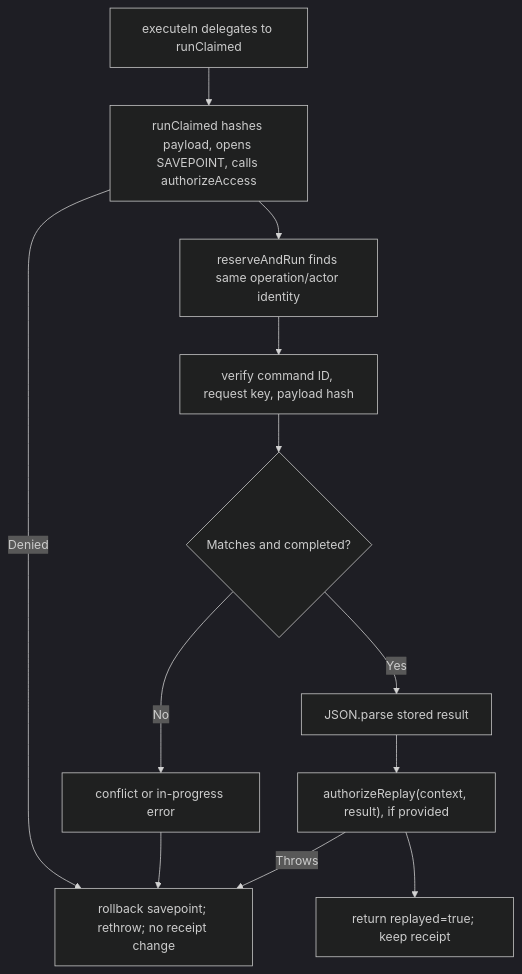
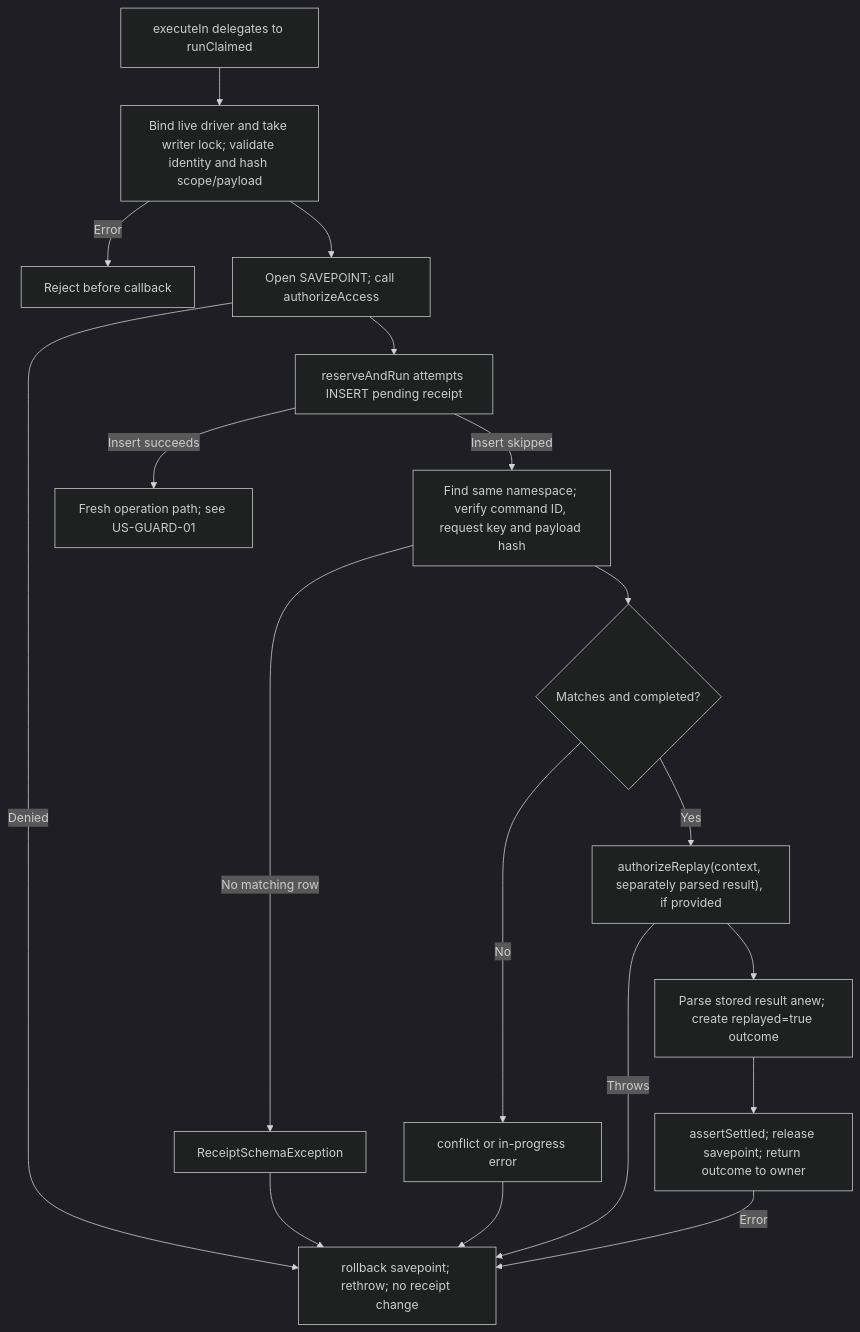
The second of 2 diagrams in user-stories/US-GUARD-03-authorize-replay.md (Kevinjohn/oss-adonisjs-duplicate-request-guard), drawn with Mermaid (dark theme) before and after one commit. The commit also changed other lines of this file and 9 other files, not shown here.

````diff
--- a/user-stories/US-GUARD-03-authorize-replay.md
+++ b/user-stories/US-GUARD-03-authorize-replay.md
@@ -36,14 +43,20 @@
 ```mermaid
 flowchart TD
-    A["executeIn delegates to runClaimed"] --> A2["runClaimed hashes payload, opens SAVEPOINT, calls authorizeAccess"]
+    A["executeIn delegates to runClaimed"] --> V["Bind live driver and take writer lock; validate identity and hash scope/payload"]
+    V -->|Error| X["Reject before callback"]
+    V --> A2["Open SAVEPOINT; call authorizeAccess"]
     A2 -->|Denied| Z["rollback savepoint; rethrow; no receipt change"]
-    A2 --> B["reserveAndRun finds same operation/actor identity"]
-    B --> C["verify command ID, request key, payload hash"]
+    A2 --> B["reserveAndRun attempts INSERT pending receipt"]
+    B -->|Insert succeeds| N["Fresh operation path; see US-GUARD-01"]
+    B -->|Insert skipped| C["Find same namespace; verify command ID, request key and payload hash"]
+    C -->|No matching row| S["ReceiptSchemaException"]
+    S --> Z
     C --> D{"Matches and completed?"}
     D -->|No| E["conflict or in-progress error"]
     E --> Z
-    D -->|Yes| F["JSON.parse stored result"]
-    F --> G["authorizeReplay(context, result), if provided"]
+    D -->|Yes| G["authorizeReplay(context, separately parsed result), if provided"]
     G -->|Throws| Z
-    G --> H["return replayed=true; keep receipt"]
+    G --> H["Parse stored result anew; create replayed=true outcome"]
+    H --> T["assertSettled; release savepoint; return outcome to owner"]
+    T -->|Error| Z
 ```
````
